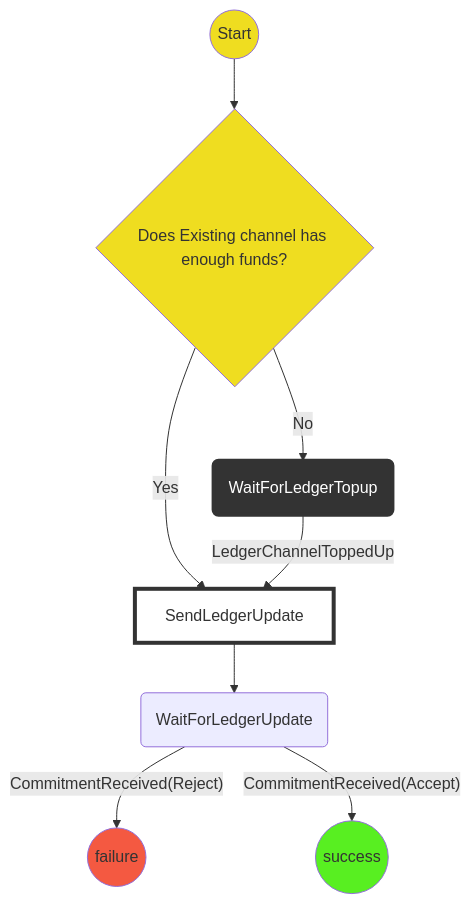
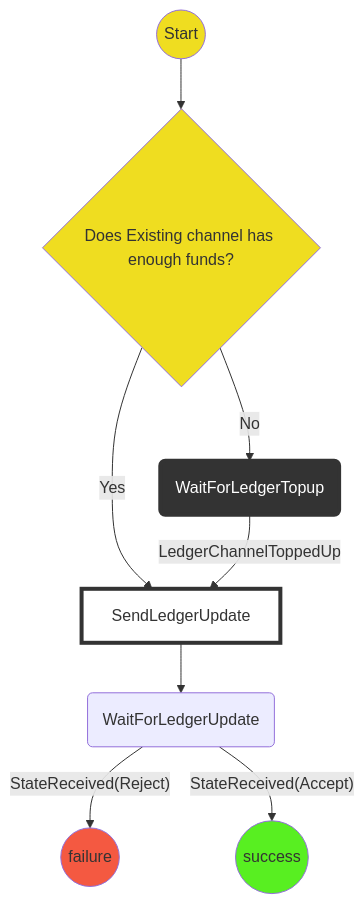
One commit to statechannels/statechannels changed the diagram in packages/engine/src/redux/protocols/existing-ledger-funding/readme.md. Above: the diagram before and after it, drawn with Mermaid. The commit also changed other lines of this file and 7 other files, not shown here.

````diff
--- a/packages/engine/src/redux/protocols/existing-ledger-funding/readme.md
+++ b/packages/engine/src/redux/protocols/existing-ledger-funding/readme.md
@@ -13,21 +13,21 @@
 ```mermaid
   graph TD
   linkStyle default interpolate basis
   St((Start))-->L
   L{Does Player channel have enough funds?}-->|No|LT(WaitForLedgerTopup)
   L{Does Existing channel has enough funds?}-->|Yes|SLU[SendLedgerUpdate]
   LT-->|LedgerChannelToppedUp|SLU
   SLU-->WC(WaitForLedgerUpdate)
-  WC-->|"CommitmentReceived(Reject)"|F((failure))
-  WC-->|"CommitmentReceived(Accept)"|Su((success))
+  WC-->|"StateReceived(Reject)"|F((failure))
+  WC-->|"StateReceived(Accept)"|Su((success))
   classDef logic fill:#efdd20;
   classDef Success fill:#58ef21;
   classDef Failure fill:#f45941;
   classDef WaitForChildProtocol stroke:#333,stroke-width:4px,color:#ffff,fill:#333;
   classDef NotAState stroke:#333,stroke-width:4px,fill:#0000;
   class St,L logic;
   class Su Success;
   class F Failure;
   class LT WaitForChildProtocol;
   class SLU NotAState
 ```
````
